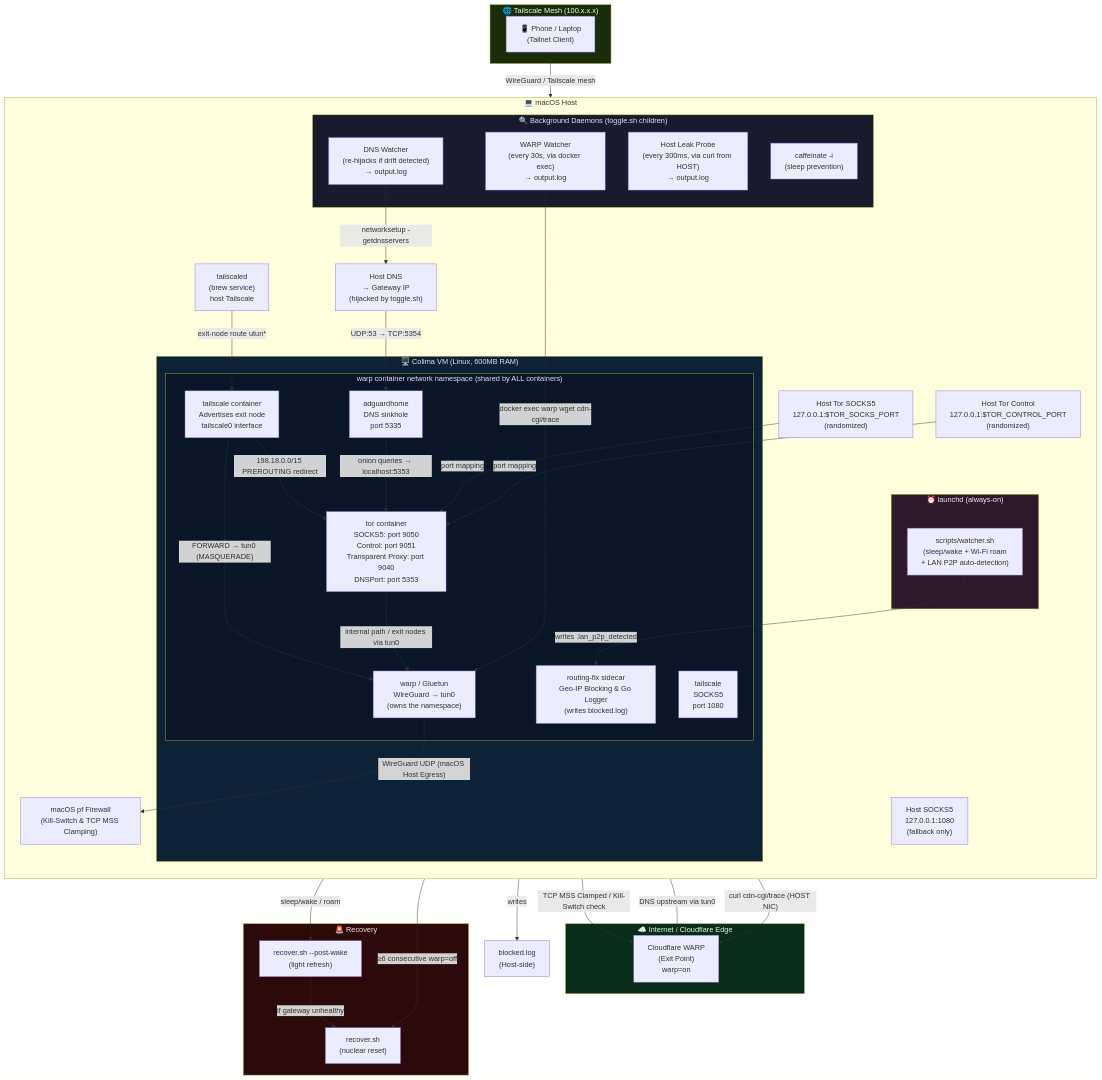
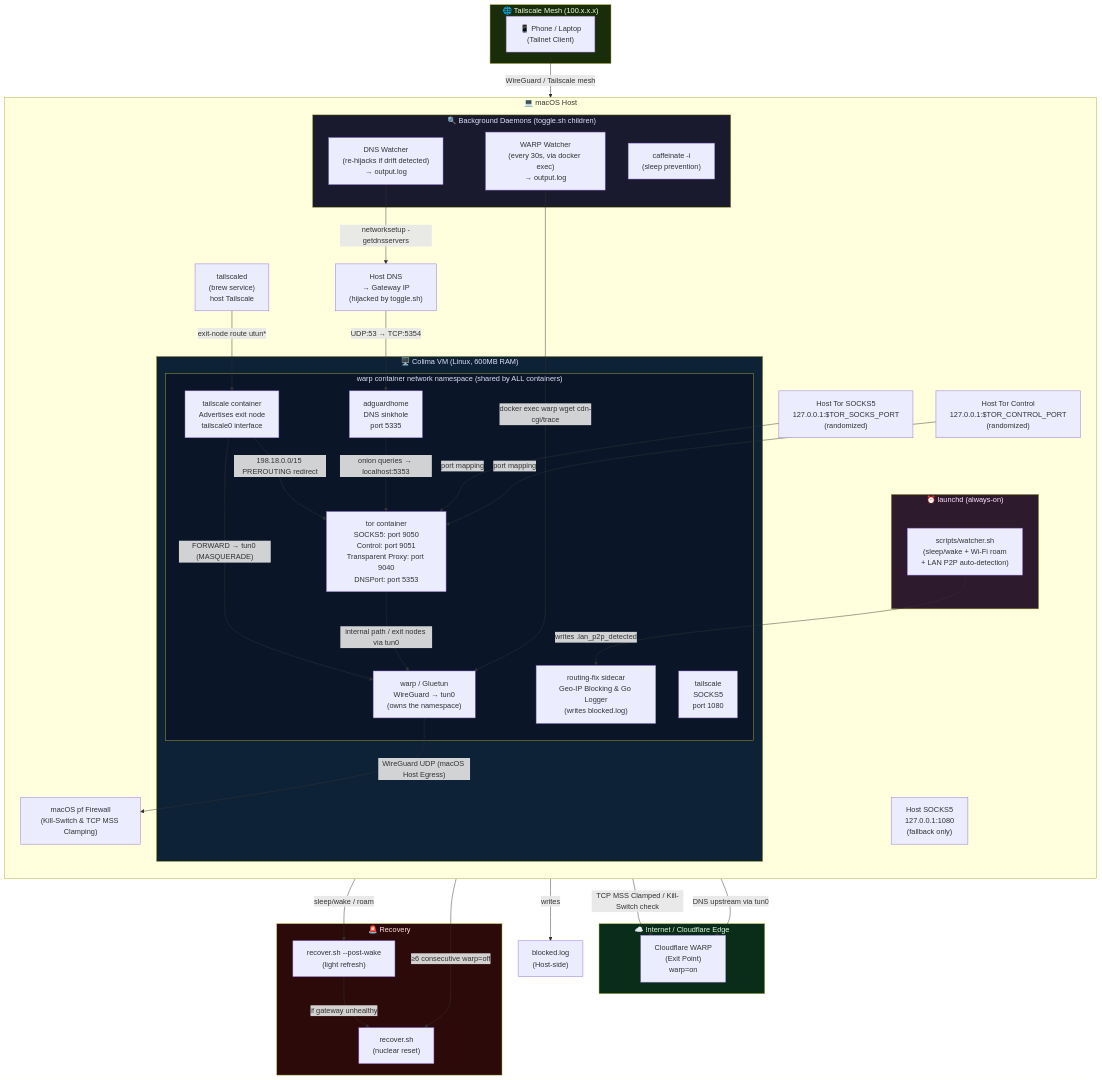
One commit to OmarAlaaeldein/nullexit changed the first of 7 diagrams in diagrams.md. Above: the diagram before and after it, drawn with Mermaid. The commit also changed other lines of this file and 3 other files, not shown here.

```diff
--- a/diagrams.md
+++ b/diagrams.md
@@ -25,7 +25,6 @@
 
         subgraph MONITORS["🔍 Background Daemons (toggle.sh children)"]
             WARPWATCH["WARP Watcher\n(every 30s, via docker exec)\n→ output.log"]
-            LEAKPROBE["Host Leak Probe\n(every 300ms, via curl from HOST)\n→ output.log"]
             DNSWATCHER["DNS Watcher\n(re-hijacks if drift detected)\n→ output.log"]
             CAFFEINATE["caffeinate -i\n(sleep prevention)"]
         end
@@ -67,7 +66,6 @@
 
     %% Monitoring
     WARPWATCH -->|"docker exec warp wget cdn-cgi/trace"| GLUETUN
-    LEAKPROBE -->|"curl cdn-cgi/trace (HOST NIC)"| CF
     DNSWATCHER -->|"networksetup -getdnsservers"| HOSTDNS
 
     %% Logging
```
